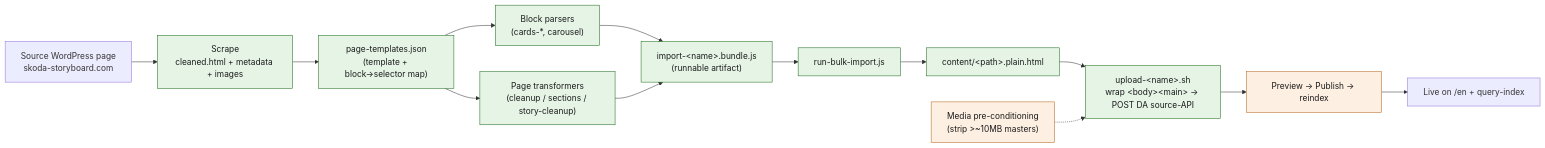
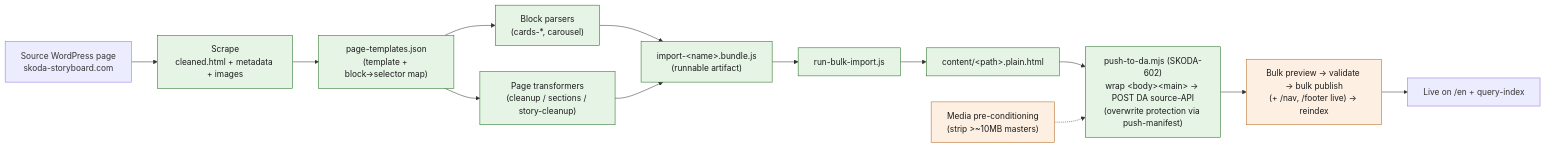
The third of 3 diagrams in docs/architecture/SKODA-DIAGRAMS.md (skoda-storyboard/demo), drawn with Mermaid before and after one commit. The commit also changed 10 other files, not shown here.

First line of the commit message:
SKODA-602: DA push + bulk preview/publish tool (push-to-da.mjs)

````diff
--- a/docs/architecture/SKODA-DIAGRAMS.md
+++ b/docs/architecture/SKODA-DIAGRAMS.md
@@ -88,21 +88,21 @@
 ```mermaid
 flowchart LR
   SRC["Source WordPress page<br/>skoda-storyboard.com"] --> SCR["Scrape<br/>cleaned.html + metadata + images"]
   SCR --> PT["page-templates.json<br/>(template + block→selector map)"]
   PT --> PAR["Block parsers<br/>(cards-*, carousel)"]
   PT --> TRF["Page transformers<br/>(cleanup / sections / story-cleanup)"]
   PAR --> BUN["import-&lt;name&gt;.bundle.js<br/>(runnable artifact)"]
   TRF --> BUN
   BUN --> RUN["run-bulk-import.js"]
   RUN --> OUT["content/&lt;path&gt;.plain.html"]
-  OUT --> UP["upload-&lt;name&gt;.sh<br/>wrap &lt;body&gt;&lt;main&gt; → POST DA source-API"]
-  UP --> PUB["Preview → Publish → reindex"]
+  OUT --> UP["push-to-da.mjs (SKODA-602)<br/>wrap &lt;body&gt;&lt;main&gt; → POST DA source-API<br/>(overwrite protection via push-manifest)"]
+  UP --> PUB["Bulk preview → validate → bulk publish<br/>(+ /nav, /footer live) → reindex"]
   PUB --> LIVE["Live on /en + query-index"]
 
   MEDIA["Media pre-conditioning<br/>(strip >~10MB masters)"] -.-> UP
 
   classDef built fill:#e6f4e6,stroke:#1e6b1e,color:#1a1a1a;
   classDef gate fill:#fdf0e2,stroke:#b5651d,color:#1a1a1a;
   class SCR,PT,PAR,TRF,BUN,RUN,OUT,UP built;
   class MEDIA,PUB gate;
 ```
````
